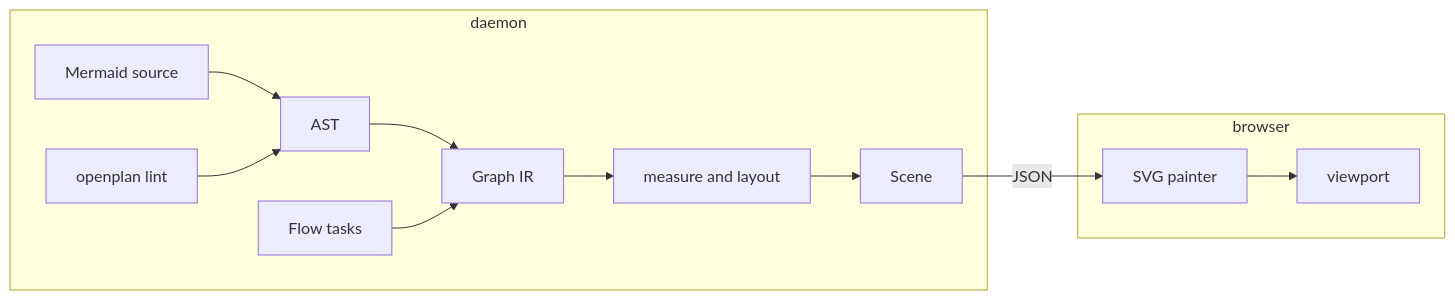
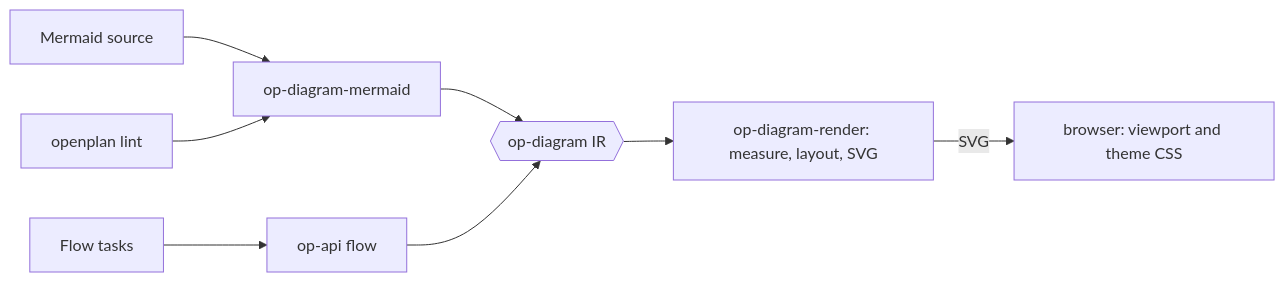
Before and after one commit to sukovanej/openplan: the diagram in tasks/00117-draw-mermaid-diagrams-and-the-fl.md, drawn with Mermaid. The commit also changed other lines of this file, not shown here.

````diff
--- a/tasks/00117-draw-mermaid-diagrams-and-the-fl.md
+++ b/tasks/00117-draw-mermaid-diagrams-and-the-fl.md
@@ -34,13 +35,10 @@
 ```mermaid
 flowchart LR
-  subgraph daemon
-    src[Mermaid source] --> ast[AST] --> ir[Graph IR]
-    tasks[Flow tasks] --> ir
-    ir --> layout[measure and layout] --> scene[Scene]
-    lint[openplan lint] --> ast
-  end
-  subgraph browser
-    paint[SVG painter] --> view[viewport]
-  end
-  scene -- JSON --> paint
+  source[Mermaid source] --> parser[op-diagram-mermaid]
+  tasks[Flow tasks] --> flow[op-api flow]
+  lint[openplan lint] --> parser
+  parser --> ir{{op-diagram IR}}
+  flow --> ir
+  ir --> render[op-diagram-render: measure, layout, SVG]
+  render -- SVG --> browser[browser: viewport and theme CSS]
 ```
````
